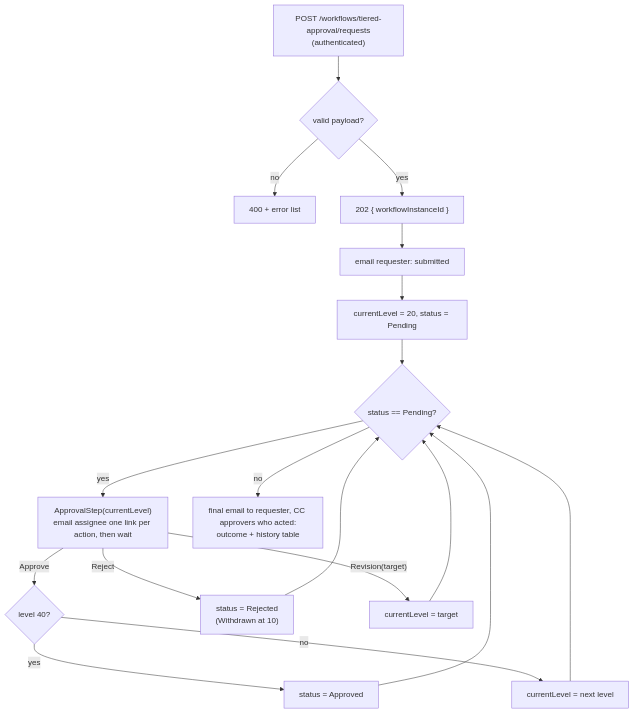
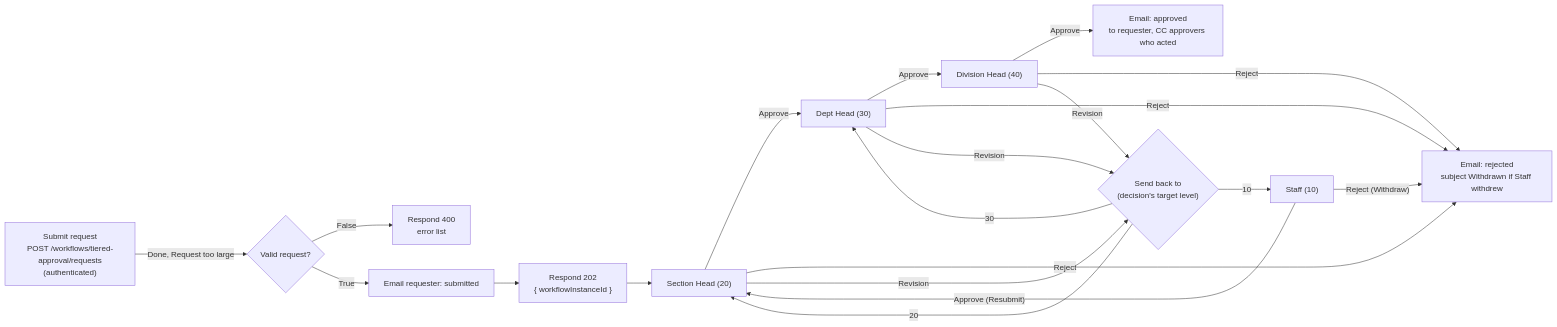
Before and after one commit to zidanejidan12/elsa-core: the diagram in src/apps/Elsa.TieredApproval.Web/README.md, drawn with Mermaid. The commit also changed other lines of this file and 7 other files, not shown here.

First line of the commit message:
feat(apps): render tiered approval as a Studio-visible flowchart

````diff
--- a/src/apps/Elsa.TieredApproval.Web/README.md
+++ b/src/apps/Elsa.TieredApproval.Web/README.md
@@ -25,20 +28,22 @@
 ```mermaid
-flowchart TD
-    A["POST /workflows/tiered-approval/requests<br/>(authenticated)"] --> V{valid payload?}
-    V -- no --> R400[400 + error list]
-    V -- yes --> R202["202 { workflowInstanceId }"]
-    R202 --> S[email requester: submitted]
-    S --> L["currentLevel = 20, status = Pending"]
-    L --> W{status == Pending?}
-    W -- yes --> STEP["ApprovalStep(currentLevel)<br/>email assignee one link per action, then wait"]
-    STEP -- Approve --> T1{"level 40?"}
-    T1 -- yes --> AP[status = Approved]
-    T1 -- no --> NX[currentLevel = next level]
-    STEP -- Reject --> RJ["status = Rejected<br/>(Withdrawn at 10)"]
-    STEP -- "Revision(target)" --> RV[currentLevel = target]
-    AP --> W
-    NX --> W
-    RJ --> W
-    RV --> W
-    W -- no --> F["final email to requester, CC approvers who acted:<br/>outcome + history table"]
+flowchart LR
+    SUB["Submit request<br/>POST /workflows/tiered-approval/requests<br/>(authenticated)"] -- "Done, Request too large" --> VAL{Valid request?}
+    VAL -- False --> R400["Respond 400<br/>error list"]
+    VAL -- True --> ES[Email requester: submitted]
+    ES --> R202["Respond 202<br/>{ workflowInstanceId }"]
+    R202 --> SH["Section Head (20)"]
+    SH -- Approve --> DH["Dept Head (30)"]
+    DH -- Approve --> DV["Division Head (40)"]
+    DV -- Approve --> EA["Email: approved<br/>to requester, CC approvers who acted"]
+    ST["Staff (10)"] -- "Approve (Resubmit)" --> SH
+    ST -- "Reject (Withdraw)" --> ER["Email: rejected<br/>subject Withdrawn if Staff withdrew"]
+    SH -- Reject --> ER
+    DH -- Reject --> ER
+    DV -- Reject --> ER
+    SH -- Revision --> SB{"Send back to<br/>(decision's target level)"}
+    DH -- Revision --> SB
+    DV -- Revision --> SB
+    SB -- 10 --> ST
+    SB -- 20 --> SH
+    SB -- 30 --> DH
 ```
````
